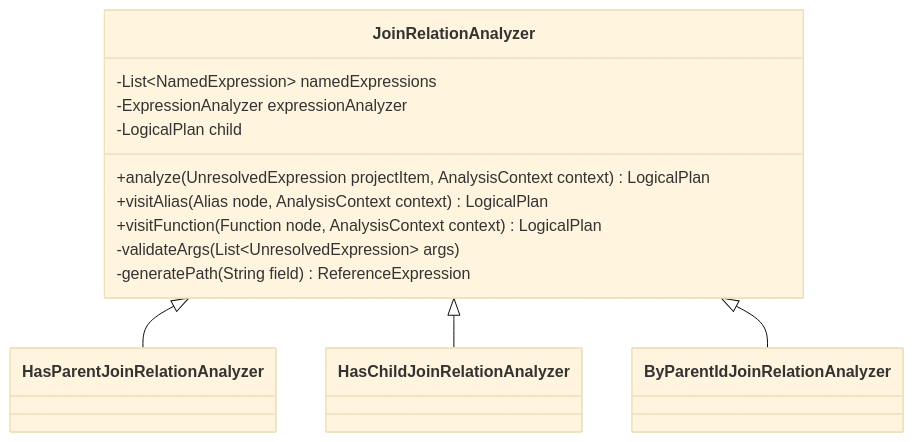
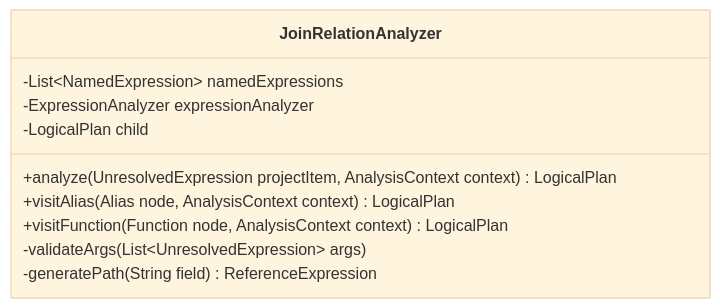
One commit to Bit-Quill/opensearch-project-sql changed the seventh of 9 diagrams in docs/dev/opensearch-same-table-join-query.md. Above: the diagram before and after it, drawn with Mermaid (base theme). The commit also changed other lines of this file, not shown here.

Commit message:
Update opensearch-same-table-join-query.md for first-pass review

````diff
--- a/docs/dev/opensearch-same-table-join-query.md
+++ b/docs/dev/opensearch-same-table-join-query.md
@@ -1034,26 +1051,13 @@
 ```mermaid
 classDiagram
     class JoinRelationAnalyzer {
         -List~NamedExpression~ namedExpressions
         -ExpressionAnalyzer expressionAnalyzer
         -LogicalPlan child
         +analyze(UnresolvedExpression projectItem, AnalysisContext context) LogicalPlan
         +visitAlias(Alias node, AnalysisContext context) LogicalPlan
         +visitFunction(Function node, AnalysisContext context) LogicalPlan
         -validateArgs(List~UnresolvedExpression~ args)
         -generatePath(String field) ReferenceExpression
     }
-    
-    class HasParentJoinRelationAnalyzer {
-    }
-    
-    class HasChildJoinRelationAnalyzer {
-    } 
-    
-    class ByParentIdJoinRelationAnalyzer {
-    } 
-    
-    JoinRelationAnalyzer <|-- HasParentJoinRelationAnalyzer 
-    JoinRelationAnalyzer <|-- HasChildJoinRelationAnalyzer 
-    JoinRelationAnalyzer <|-- ByParentIdJoinRelationAnalyzer 
 ```
````
